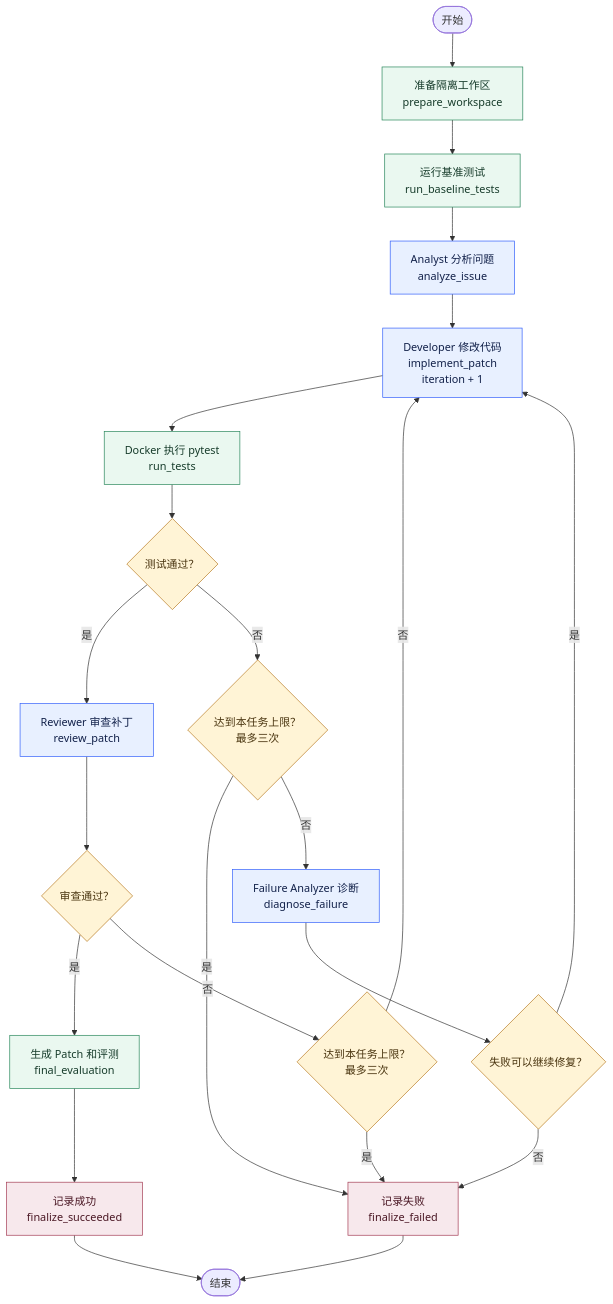
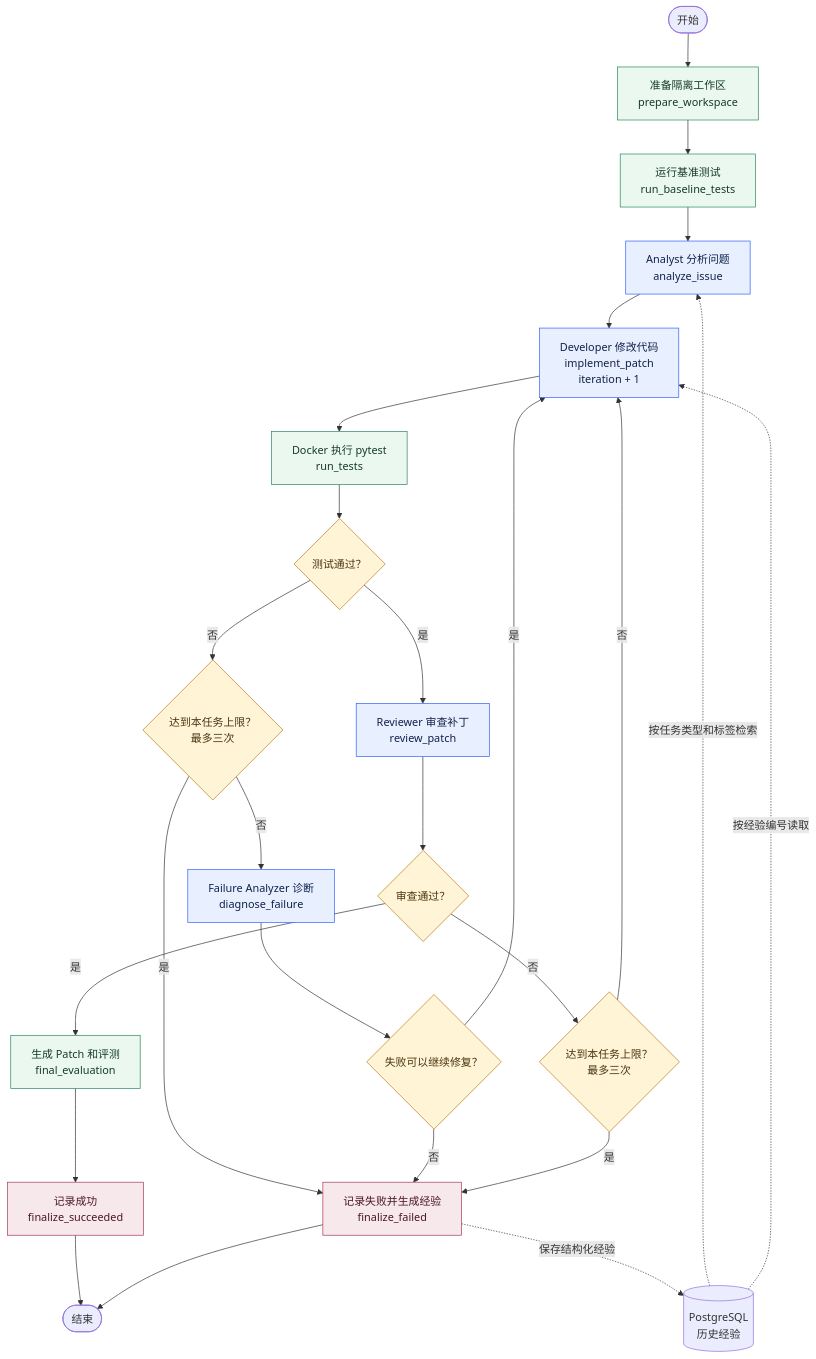
Before and after one commit to chengyu798/EvoDev: the third of 4 diagrams in docs/02-系统架构设计.md, drawn with Mermaid. The commit also changed other lines of this file and 45 other files, not shown here.

````diff
--- a/docs/02-系统架构设计.md
+++ b/docs/02-系统架构设计.md
@@ -256,37 +256,40 @@
 ```mermaid
 flowchart TD
     START([开始]) --> PREPARE[准备隔离工作区<br/>prepare_workspace]
     PREPARE --> BASELINE[运行基准测试<br/>run_baseline_tests]
     BASELINE --> ANALYST[Analyst 分析问题<br/>analyze_issue]
+    EXPERIENCE_DB[(PostgreSQL<br/>历史经验)] -.按任务类型和标签检索.-> ANALYST
     ANALYST --> DEVELOPER[Developer 修改代码<br/>implement_patch<br/>iteration + 1]
+    EXPERIENCE_DB -.按经验编号读取.-> DEVELOPER
     DEVELOPER --> TEST[Docker 执行 pytest<br/>run_tests]
 
     TEST --> TEST_PASS{测试通过？}
     TEST_PASS -->|是| REVIEWER[Reviewer 审查补丁<br/>review_patch]
     TEST_PASS -->|否| TEST_LIMIT{达到本任务上限？<br/>最多三次}
-    TEST_LIMIT -->|是| FAILED[记录失败<br/>finalize_failed]
+    TEST_LIMIT -->|是| FAILED[记录失败并生成经验<br/>finalize_failed]
     TEST_LIMIT -->|否| FAILURE_ANALYZER[Failure Analyzer 诊断<br/>diagnose_failure]
 
     FAILURE_ANALYZER --> RETRYABLE{失败可以继续修复？}
     RETRYABLE -->|是| DEVELOPER
     RETRYABLE -->|否| FAILED
 
     REVIEWER --> REVIEW_PASS{审查通过？}
     REVIEW_PASS -->|是| EVALUATION[生成 Patch 和评测<br/>final_evaluation]
     REVIEW_PASS -->|否| REVIEW_LIMIT{达到本任务上限？<br/>最多三次}
     REVIEW_LIMIT -->|否| DEVELOPER
     REVIEW_LIMIT -->|是| FAILED
 
     EVALUATION --> SUCCEEDED[记录成功<br/>finalize_succeeded]
     SUCCEEDED --> END([结束])
+    FAILED -.保存结构化经验.-> EXPERIENCE_DB
     FAILED --> END
 
     classDef agent fill:#E8F0FF,stroke:#315EFB,color:#12214A;
     classDef deterministic fill:#EAF8F0,stroke:#27865A,color:#173C2B;
     classDef decision fill:#FFF4D6,stroke:#B7791F,color:#4A3510;
     classDef terminal fill:#F7E8EC,stroke:#A33A52,color:#4A1724;
     class ANALYST,DEVELOPER,FAILURE_ANALYZER,REVIEWER agent;
     class PREPARE,BASELINE,TEST,EVALUATION deterministic;
     class TEST_PASS,TEST_LIMIT,RETRYABLE,REVIEW_PASS,REVIEW_LIMIT decision;
     class FAILED,SUCCEEDED terminal;
 ```
````
